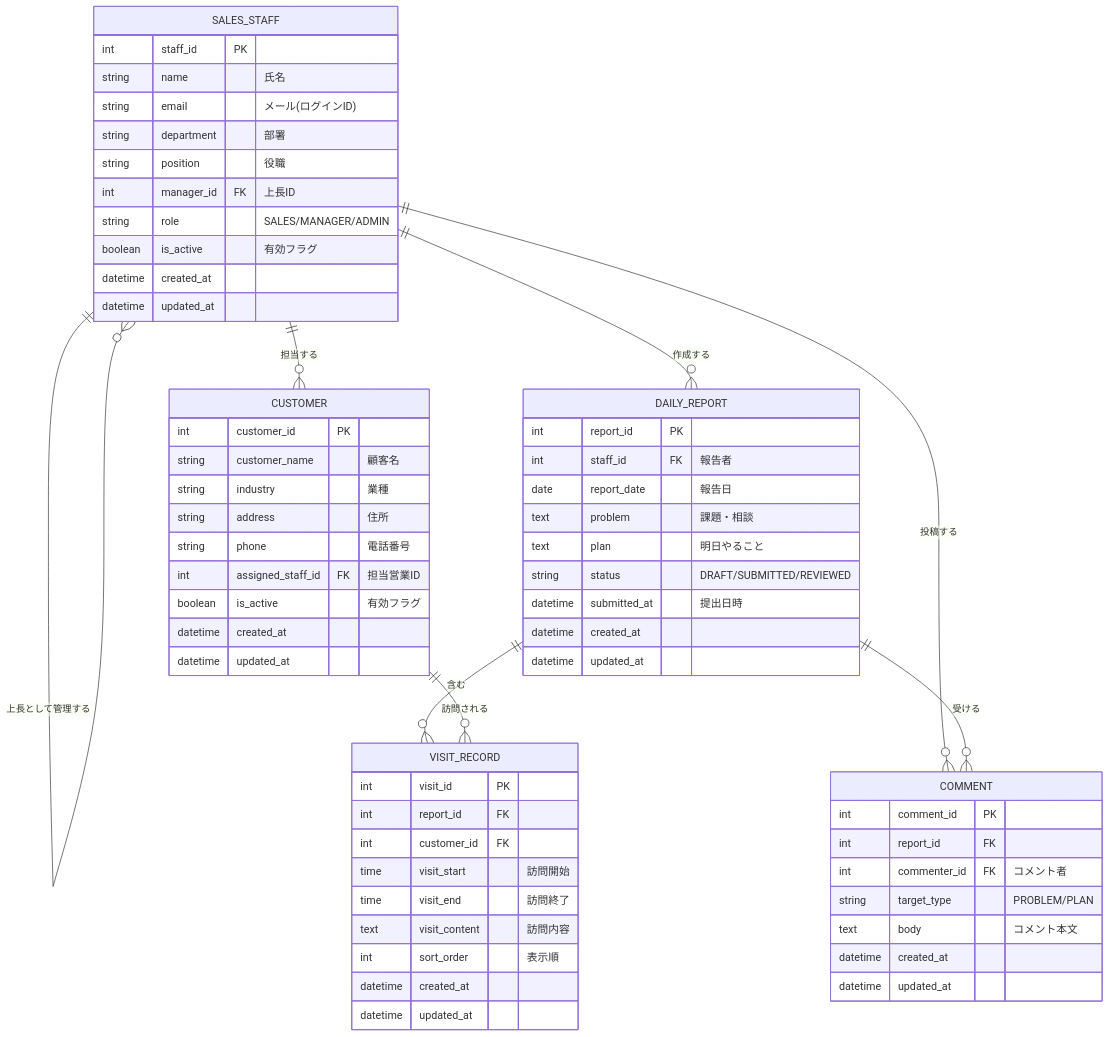
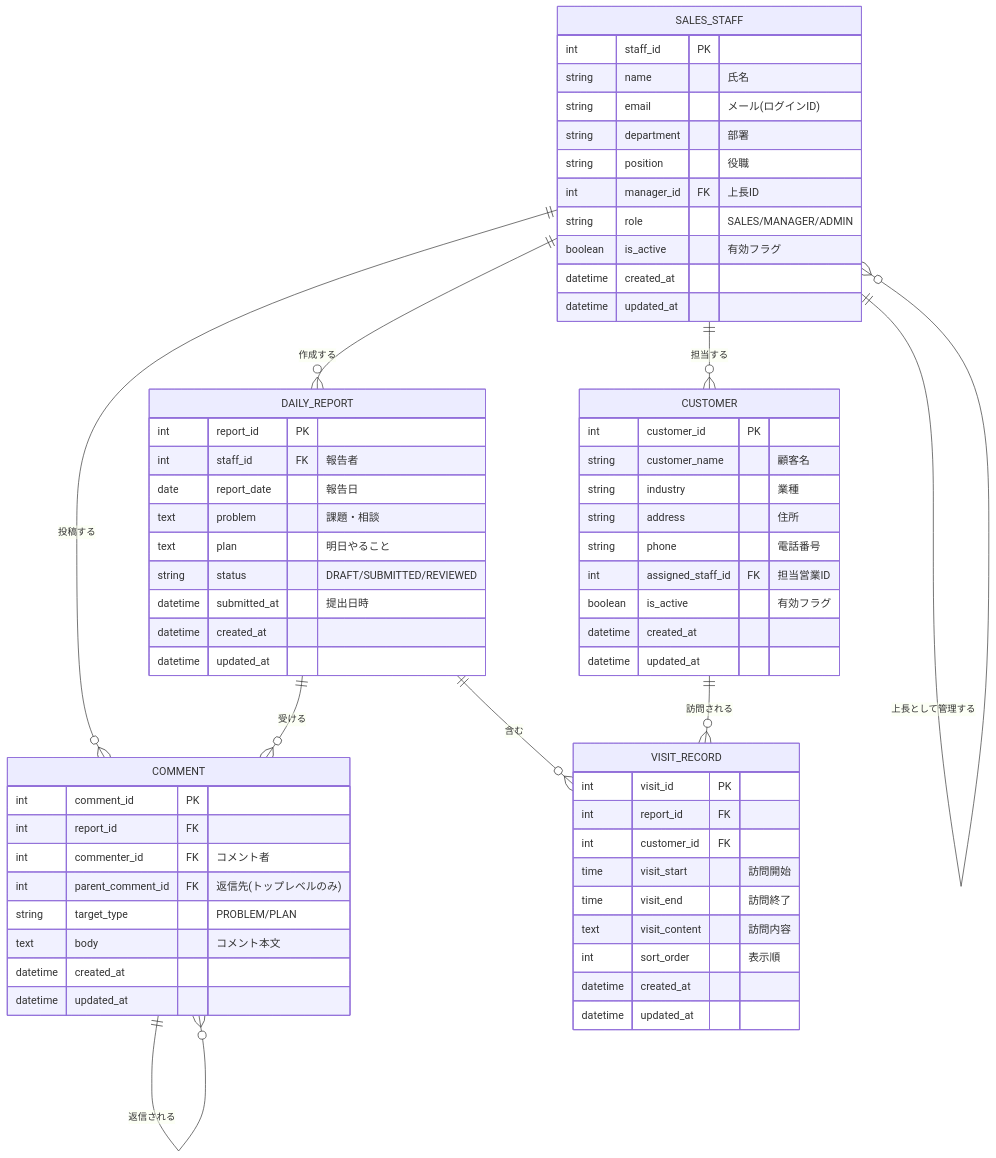
Before and after one commit to kuny518/eigyo: the second of 2 diagrams in CLAUDE.md, drawn with Mermaid. The commit also changed other lines of this file and 4 other files, not shown here.

````diff
--- a/CLAUDE.md
+++ b/CLAUDE.md
@@ -75,69 +75,71 @@
 ```mermaid
 erDiagram
     SALES_STAFF ||--o{ SALES_STAFF : "上長として管理する"
     SALES_STAFF ||--o{ DAILY_REPORT : "作成する"
     SALES_STAFF ||--o{ CUSTOMER : "担当する"
     SALES_STAFF ||--o{ COMMENT : "投稿する"
     DAILY_REPORT ||--o{ VISIT_RECORD : "含む"
     DAILY_REPORT ||--o{ COMMENT : "受ける"
+    COMMENT ||--o{ COMMENT : "返信される"
     CUSTOMER ||--o{ VISIT_RECORD : "訪問される"
 
     SALES_STAFF {
         int staff_id PK
         string name "氏名"
         string email "メール(ログインID)"
         string department "部署"
         string position "役職"
         int manager_id FK "上長ID"
         string role "SALES/MANAGER/ADMIN"
         boolean is_active "有効フラグ"
         datetime created_at
         datetime updated_at
     }
 
     CUSTOMER {
         int customer_id PK
         string customer_name "顧客名"
         string industry "業種"
         string address "住所"
         string phone "電話番号"
         int assigned_staff_id FK "担当営業ID"
         boolean is_active "有効フラグ"
         datetime created_at
         datetime updated_at
     }
 
     DAILY_REPORT {
         int report_id PK
         int staff_id FK "報告者"
         date report_date "報告日"
         text problem "課題・相談"
         text plan "明日やること"
         string status "DRAFT/SUBMITTED/REVIEWED"
         datetime submitted_at "提出日時"
         datetime created_at
         datetime updated_at
     }
 
     VISIT_RECORD {
         int visit_id PK
         int report_id FK
         int customer_id FK
         time visit_start "訪問開始"
         time visit_end "訪問終了"
         text visit_content "訪問内容"
         int sort_order "表示順"
         datetime created_at
         datetime updated_at
     }
 
     COMMENT {
         int comment_id PK
         int report_id FK
         int commenter_id FK "コメント者"
+        int parent_comment_id FK "返信先(トップレベルのみ)"
         string target_type "PROBLEM/PLAN"
         text body "コメント本文"
         datetime created_at
         datetime updated_at
     }
 ```
````
